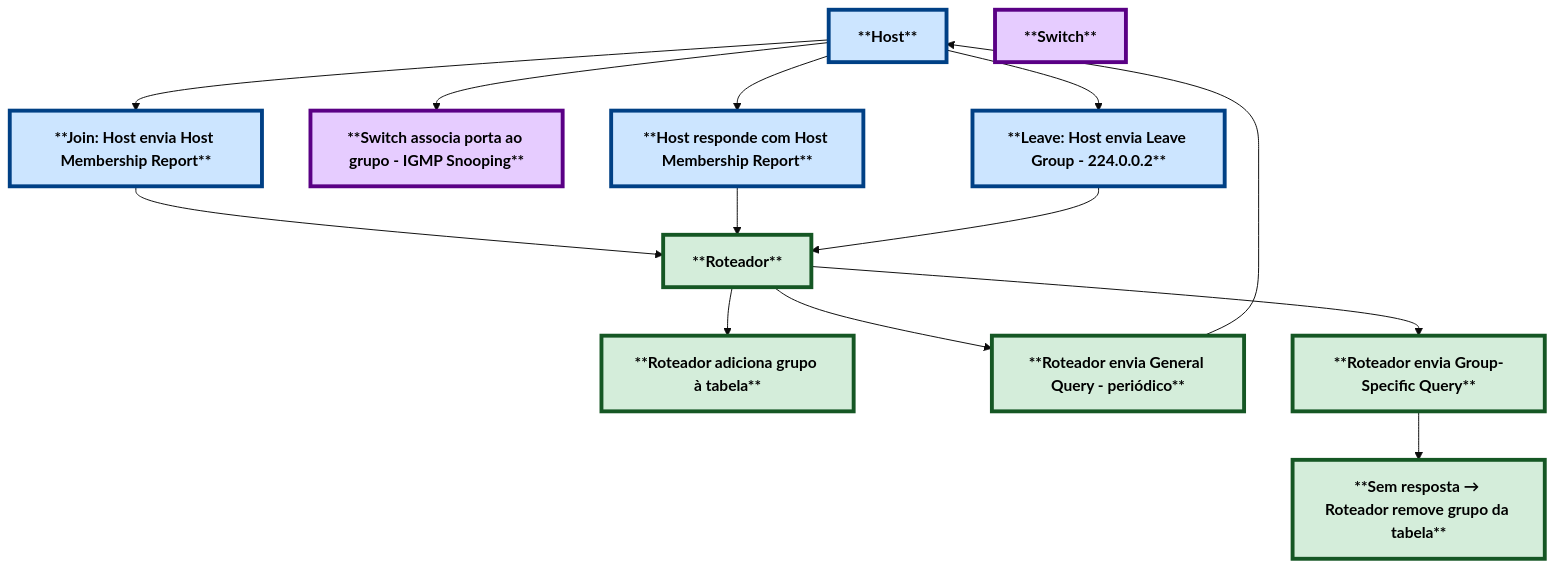
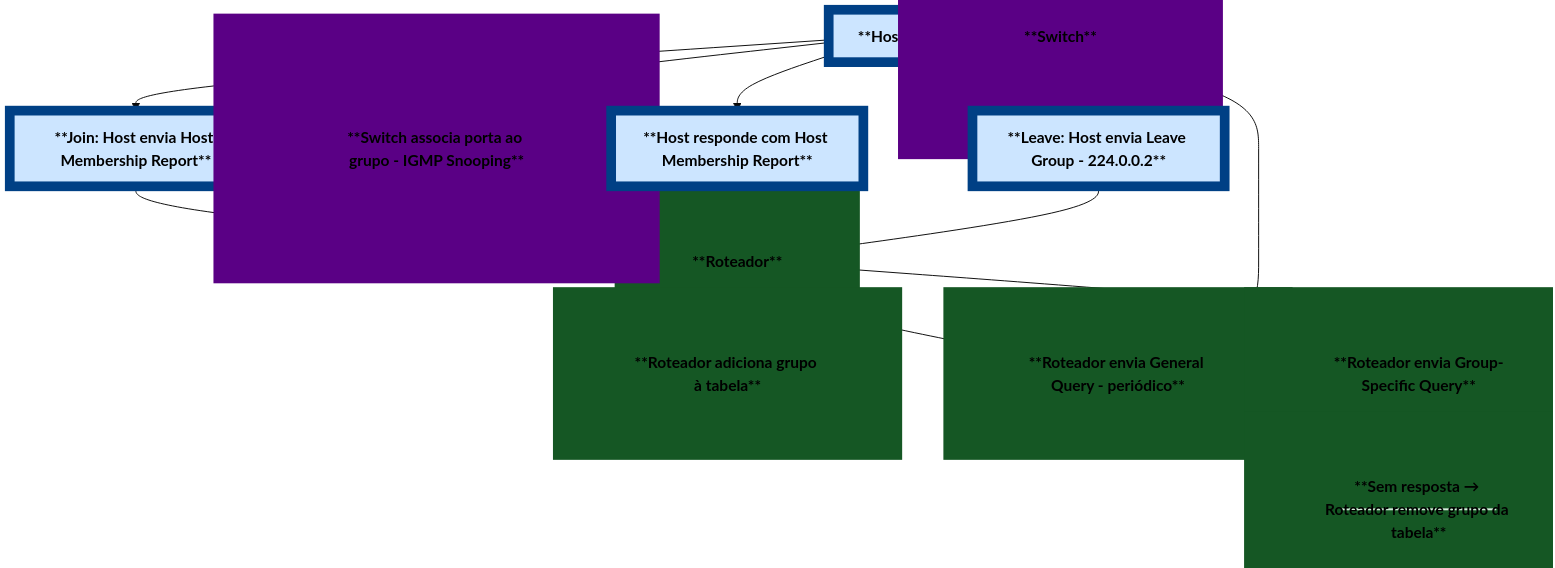
Before and after one commit to alcancil/Cisco: the second of 2 diagrams in CCNP 350-401 ENCOR/03 - Infrastructure/01 - Multicast/02 - IGMP/README.md, drawn with Mermaid (base theme).

Commit message:
Adicionado Simulados 01, 02, 03 e dashboard

````diff
--- a/CCNP 350-401 ENCOR/03 - Infrastructure/01 - Multicast/02 - IGMP/README.md
+++ b/CCNP 350-401 ENCOR/03 - Infrastructure/01 - Multicast/02 - IGMP/README.md
@@ -136,30 +136,30 @@
 ```mermaid
 flowchart TD
 
     %% --- Definição dos nós ---
     H[**Host**]:::host
     S[**Switch**]:::switch
     R[**Roteador**]:::router
 
     J1[**Join: Host envia Host Membership Report**]:::host
     J2[**Roteador adiciona grupo à tabela**]:::router
     J3[**Switch associa porta ao grupo - IGMP Snooping**]:::switch
 
     M1[**Roteador envia General Query - periódico**]:::router
     M2[**Host responde com Host Membership Report**]:::host
 
     L1[**Leave: Host envia Leave Group - 224.0.0.2**]:::host
     L2[**Roteador envia Group-Specific Query**]:::router
     L3[**Sem resposta → Roteador remove grupo da tabela**]:::router
 
     %% --- Conexões ---
     H --> J1 --> R --> J2
     H --> J3
     R --> M1 --> H --> M2 --> R
     H --> L1 --> R --> L2 --> L3
 
     %% --- Estilos ---
-    classDef host fill:#cce5ff,stroke:#004085,stroke-width:4px,color:#000,font-weight:bold;
-    classDef switch fill:#e6ccff,stroke:#5a0085,stroke-width:4px,color:#000,font-weight:bold;
-    classDef router fill:#d4edda,stroke:#155724,stroke-width:4px,color:#000,font-weight:bold;
+    classDef host fill:#cce5ff,stroke:#004085,stroke-width:10px,color:#000,font-weight:bold;
+    classDef switch fill:#e6ccff,stroke:#5a0085,stroke-width:200px,color:#000,font-weight:bold;
+    classDef router fill:#d4edda,stroke:#155724,stroke-width:100px,color:#000,font-weight:bold;
 ```
````
